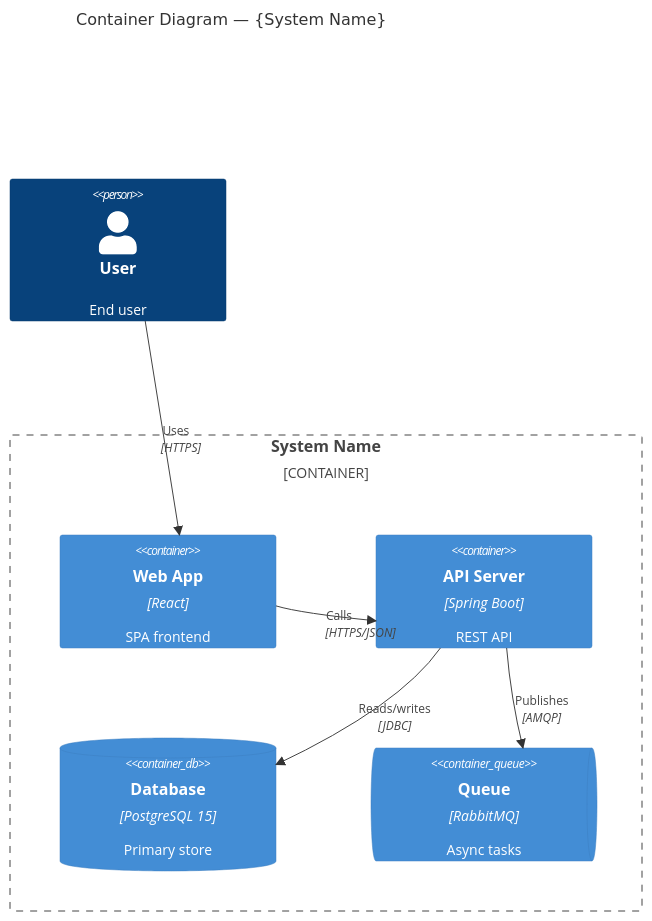
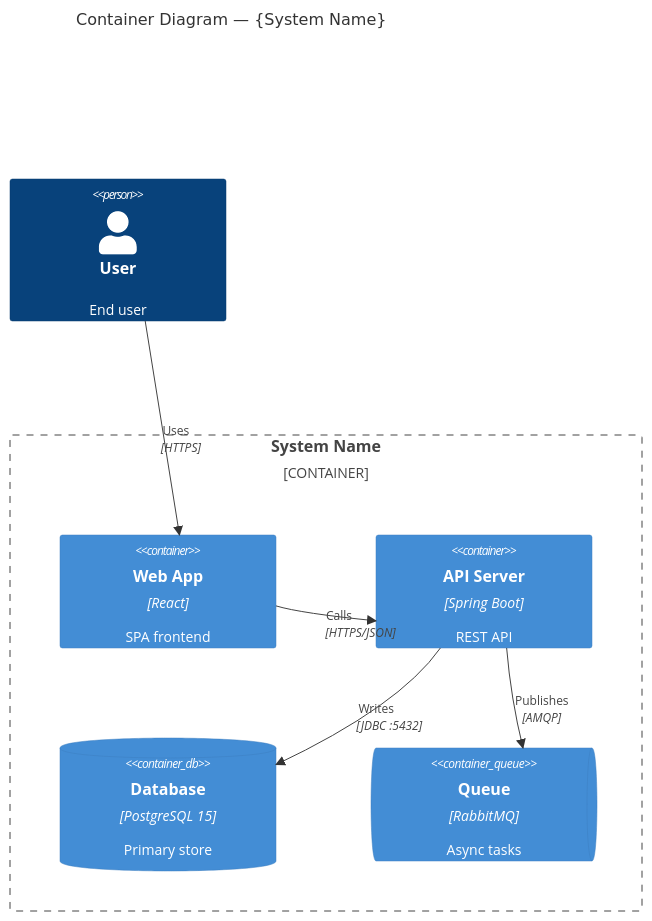
One commit to huya-an/claude-plugin--doc-gen changed the second of 5 diagrams in skills/doc-c4/SKILL.md. Above: the diagram before and after it, drawn with Mermaid. The commit also changed other lines of this file, not shown here.

First line of the commit message:
Improve doc-c4 skill with diagram limits, mandatory lenses, and architectural analysis

````diff
--- a/skills/doc-c4/SKILL.md
+++ b/skills/doc-c4/SKILL.md
@@ -104,18 +131,18 @@
 ```mermaid
 C4Container
     title Container Diagram — {System Name}
 
     Person(user, "User", "End user")
 
     Container_Boundary(sys, "System Name") {
         Container(web, "Web App", "React", "SPA frontend")
         Container(api, "API Server", "Spring Boot", "REST API")
         ContainerDb(db, "Database", "PostgreSQL 15", "Primary store")
         ContainerQueue(queue, "Queue", "RabbitMQ", "Async tasks")
     }
 
     Rel(user, web, "Uses", "HTTPS")
     Rel(web, api, "Calls", "HTTPS/JSON")
-    Rel(api, db, "Reads/writes", "JDBC")
+    Rel(api, db, "Writes", "JDBC :5432")
     Rel(api, queue, "Publishes", "AMQP")
 ```
````
